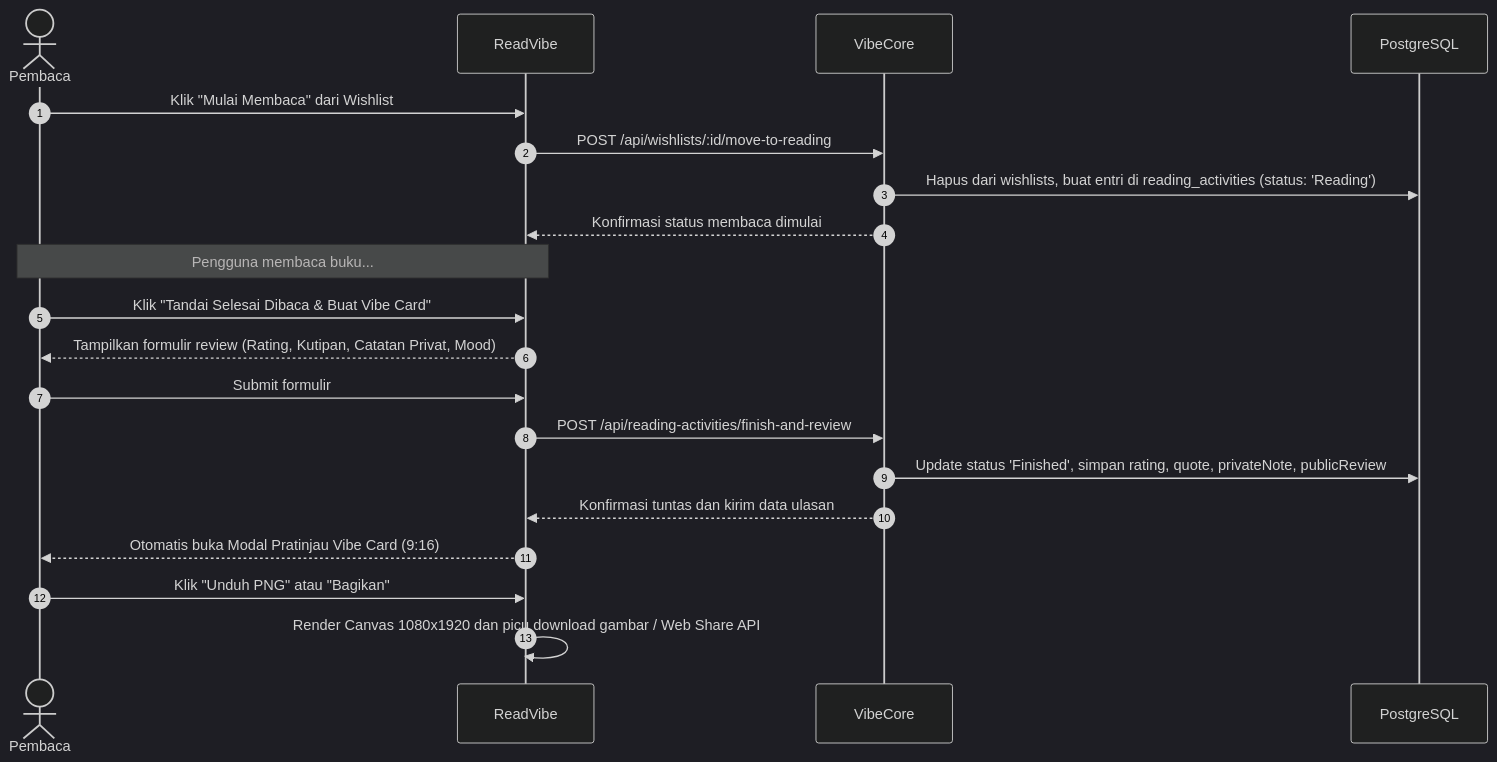
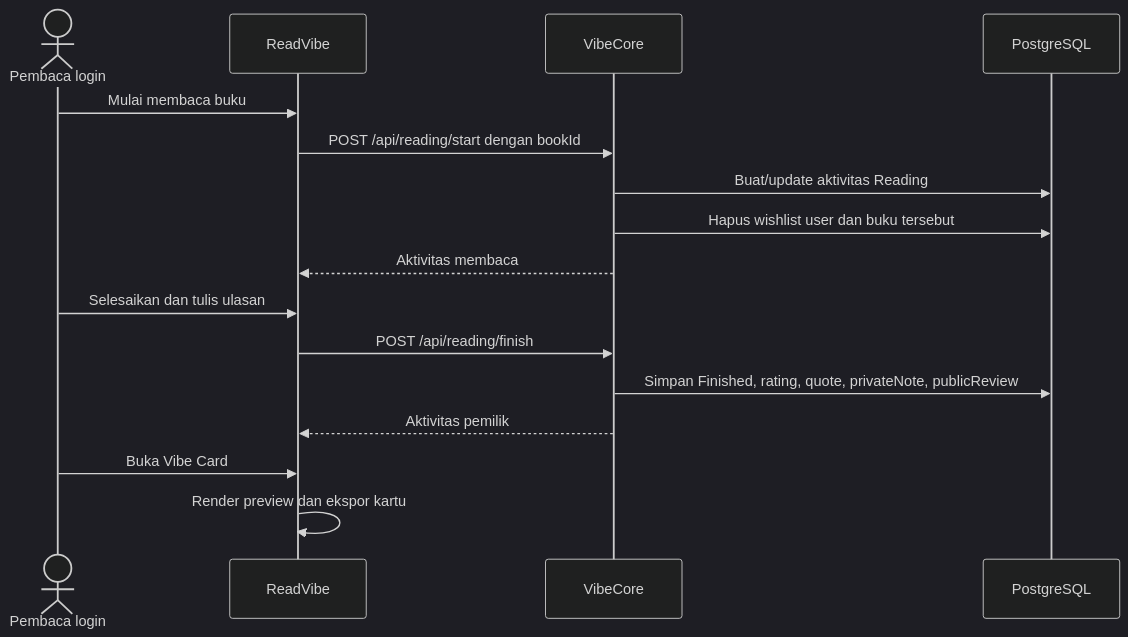
Before and after one commit to vincent-guizot/readvibe-core_desk: the second of 4 diagrams in Documentations/product/alur-pengguna.md, drawn with Mermaid (dark theme). The commit also changed other lines of this file and 9 other files, not shown here.

````diff
--- a/Documentations/product/alur-pengguna.md
+++ b/Documentations/product/alur-pengguna.md
@@ -35,23 +32,18 @@
 ```mermaid
 sequenceDiagram
-    autonumber
-    actor User as Pembaca
-    participant RV as ReadVibe
-    participant VC as VibeCore
-    participant DB as PostgreSQL
-
-    User->>RV: Klik "Mulai Membaca" dari Wishlist
-    RV->>VC: POST /api/wishlists/:id/move-to-reading
-    VC->>DB: Hapus dari wishlists, buat entri di reading_activities (status: 'Reading')
-    VC-->>RV: Konfirmasi status membaca dimulai
-    Note over User,RV: Pengguna membaca buku...
-    User->>RV: Klik "Tandai Selesai Dibaca & Buat Vibe Card"
-    RV-->>User: Tampilkan formulir review (Rating, Kutipan, Catatan Privat, Mood)
-    User->>RV: Submit formulir
-    RV->>VC: POST /api/reading-activities/finish-and-review
-    VC->>DB: Update status 'Finished', simpan rating, quote, privateNote, publicReview
-    VC-->>RV: Konfirmasi tuntas dan kirim data ulasan
-    RV-->>User: Otomatis buka Modal Pratinjau Vibe Card (9:16)
-    User->>RV: Klik "Unduh PNG" atau "Bagikan"
-    RV->>RV: Render Canvas 1080x1920 dan picu download gambar / Web Share API
+  actor Reader as Pembaca login
+  participant UI as ReadVibe
+  participant API as VibeCore
+  participant DB as PostgreSQL
+  Reader->>UI: Mulai membaca buku
+  UI->>API: POST /api/reading/start dengan bookId
+  API->>DB: Buat/update aktivitas Reading
+  API->>DB: Hapus wishlist user dan buku tersebut
+  API-->>UI: Aktivitas membaca
+  Reader->>UI: Selesaikan dan tulis ulasan
+  UI->>API: POST /api/reading/finish
+  API->>DB: Simpan Finished, rating, quote, privateNote, publicReview
+  API-->>UI: Aktivitas pemilik
+  Reader->>UI: Buka Vibe Card
+  UI->>UI: Render preview dan ekspor kartu
 ```
````
